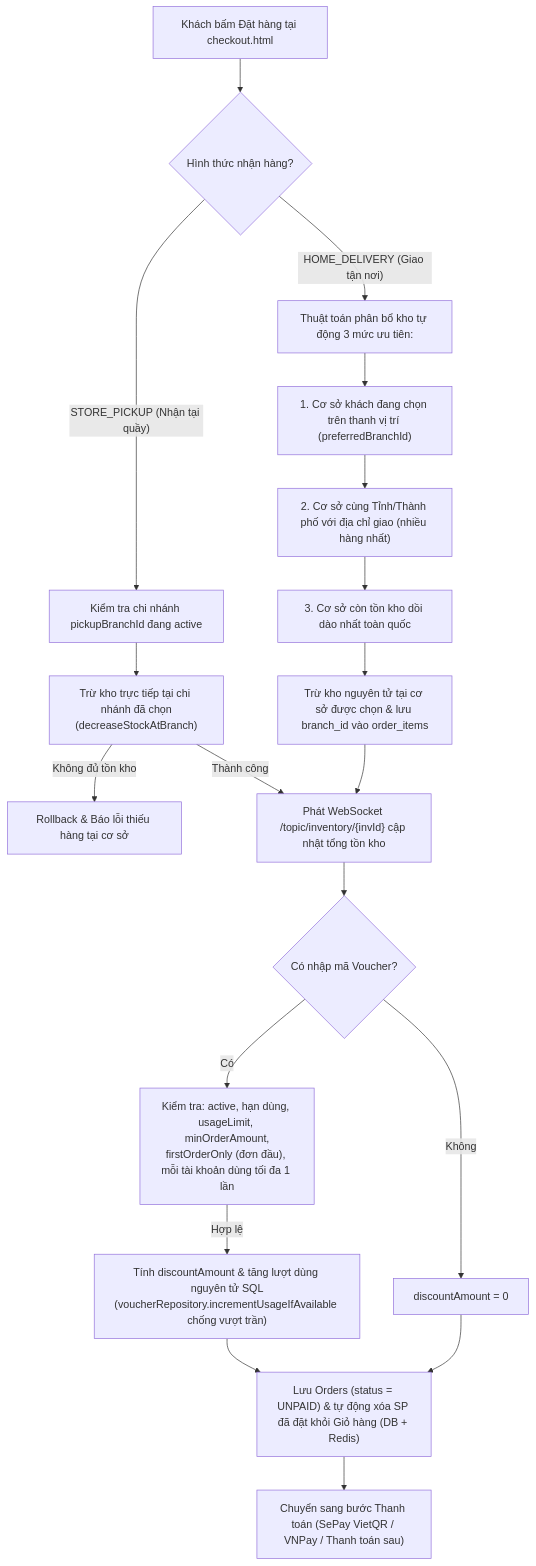
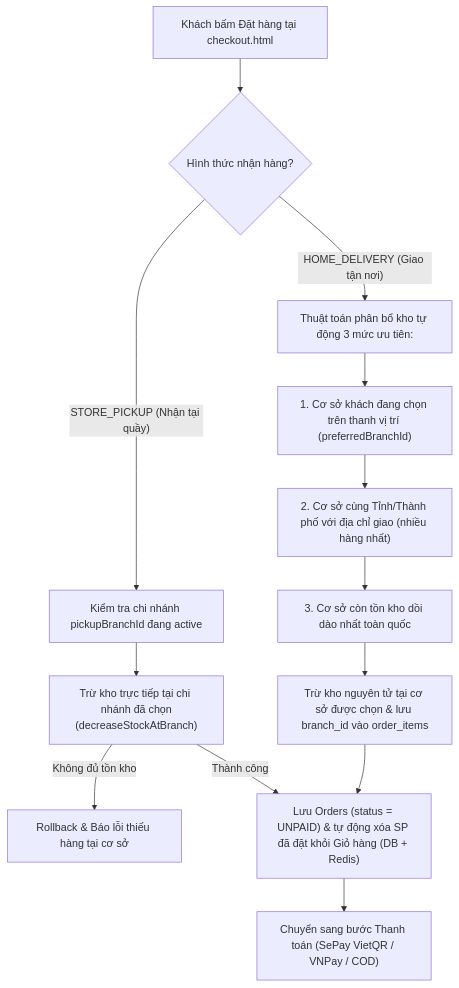
The first of 2 diagrams in doc/flows/02-luong-gio-hang-dat-hang-kho-da-co-so.md (vankhuong-ui/BE_Computer), drawn with Mermaid before and after one commit. The commit also changed other lines of this file and 8 other files, not shown here.

````diff
--- a/doc/flows/02-luong-gio-hang-dat-hang-kho-da-co-so.md
+++ b/doc/flows/02-luong-gio-hang-dat-hang-kho-da-co-so.md
@@ -28,25 +28,18 @@
 ```mermaid
 flowchart TD
     A["Khách bấm Đặt hàng tại checkout.html"] --> B{"Hình thức nhận hàng?"}
 
     B -- "STORE_PICKUP (Nhận tại quầy)" --> C["Kiểm tra chi nhánh pickupBranchId đang active"]
     C --> D["Trừ kho trực tiếp tại chi nhánh đã chọn<br/>(decreaseStockAtBranch)"]
     D -- "Không đủ tồn kho" --> ERR1["Rollback & Báo lỗi thiếu hàng tại cơ sở"]
 
     B -- "HOME_DELIVERY (Giao tận nơi)" --> E["Thuật toán phân bổ kho tự động 3 mức ưu tiên:"]
     E --> E1["1. Cơ sở khách đang chọn trên thanh vị trí (preferredBranchId)"]
     E1 --> E2["2. Cơ sở cùng Tỉnh/Thành phố với địa chỉ giao (nhiều hàng nhất)"]
     E2 --> E3["3. Cơ sở còn tồn kho dồi dào nhất toàn quốc"]
     E3 --> F["Trừ kho nguyên tử tại cơ sở được chọn & lưu branch_id vào order_items"]
 
-    D -- "Thành công" --> G["Phát WebSocket /topic/inventory/{invId} cập nhật tổng tồn kho"]
-    F --> G
-
-    G --> H{"Có nhập mã Voucher?"}
-    H -- "Có" --> I["Kiểm tra: active, hạn dùng, usageLimit, minOrderAmount,<br/>firstOrderOnly (đơn đầu), mỗi tài khoản dùng tối đa 1 lần"]
-    I -- "Hợp lệ" --> J["Tính discountAmount & tăng lượt dùng nguyên tử SQL<br/>(voucherRepository.incrementUsageIfAvailable chống vượt trần)"]
-    H -- "Không" --> K["discountAmount = 0"]
-    J --> L["Lưu Orders (status = UNPAID) & tự động xóa SP đã đặt khỏi Giỏ hàng (DB + Redis)"]
-    K --> L
-    L --> M["Chuyển sang bước Thanh toán (SePay VietQR / VNPay / Thanh toán sau)"]
+    D -- "Thành công" --> L["Lưu Orders (status = UNPAID) & tự động xóa SP đã đặt khỏi Giỏ hàng (DB + Redis)"]
+    F --> L
+    L --> M["Chuyển sang bước Thanh toán (SePay VietQR / VNPay / COD)"]
 ```
````
